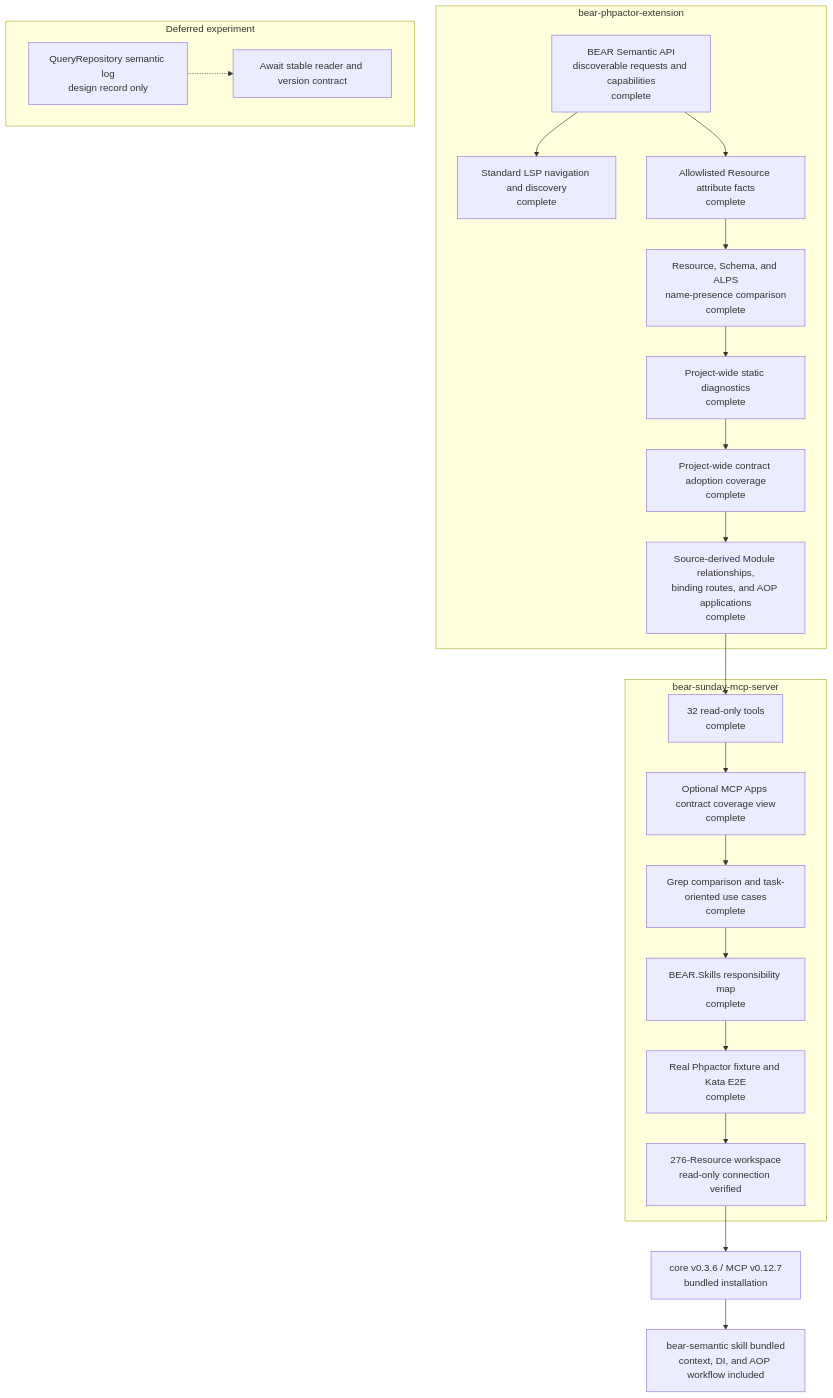
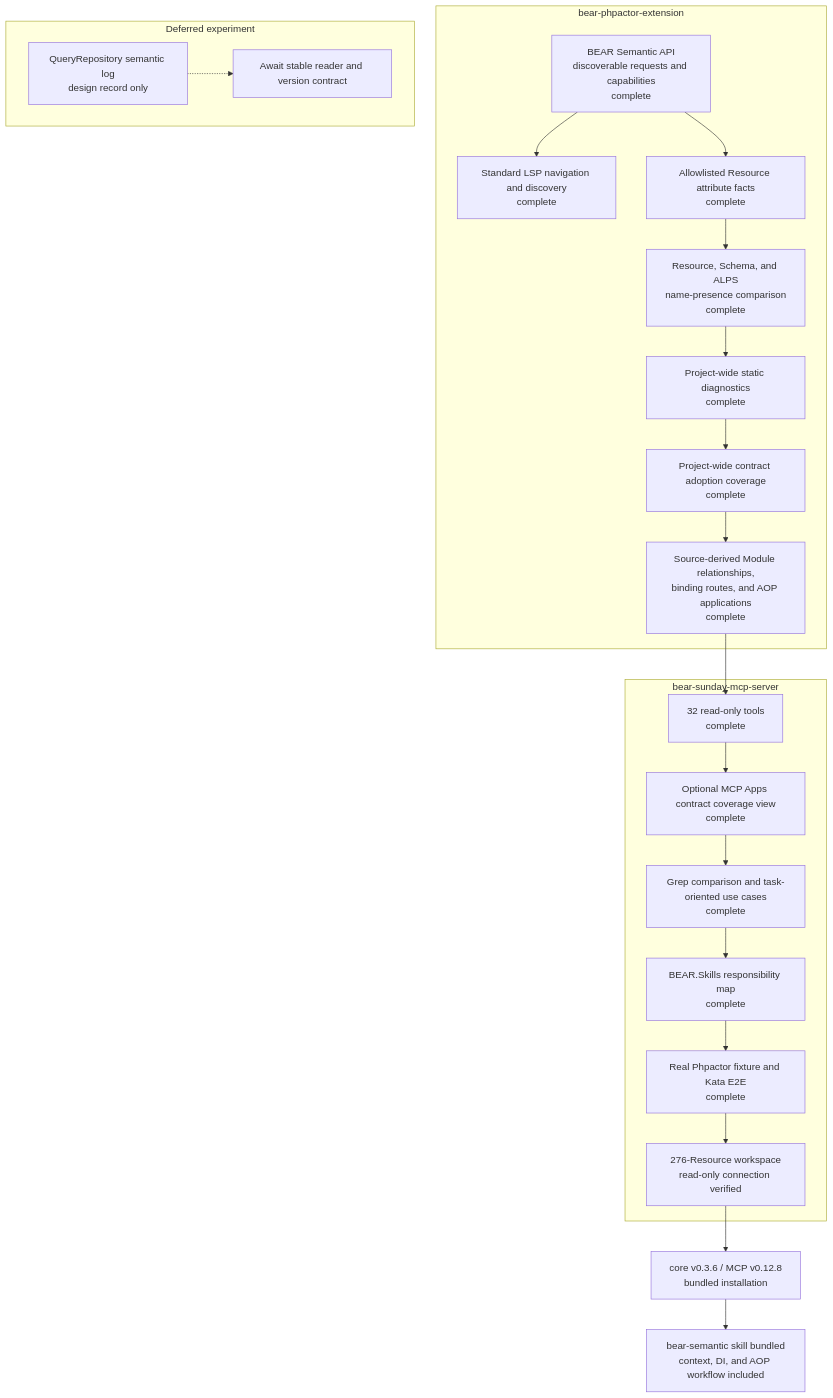
The diagram in docs/project-status.md (suzumaze/bear-sunday-mcp-server), drawn with Mermaid before and after one commit. The commit also changed other lines of this file and 3 other files, not shown here.

````diff
--- a/docs/project-status.md
+++ b/docs/project-status.md
@@ -9,35 +9,35 @@
 ```mermaid
 flowchart TB
     subgraph Core["bear-phpactor-extension"]
         C1["BEAR Semantic API<br/>discoverable requests and capabilities<br/>complete"]
         C2["Standard LSP navigation and discovery<br/>complete"]
         C3["Allowlisted Resource attribute facts<br/>complete"]
         C4["Resource, Schema, and ALPS<br/>name-presence comparison<br/>complete"]
         C5["Project-wide static diagnostics<br/>complete"]
         C6["Project-wide contract adoption coverage<br/>complete"]
         C7["Source-derived Module relationships,<br/>binding routes, and AOP applications<br/>complete"]
         C1 --> C2
         C1 --> C3 --> C4 --> C5 --> C6 --> C7
     end
 
     subgraph MCP["bear-sunday-mcp-server"]
         M1["32 read-only tools<br/>complete"]
         M0["Optional MCP Apps contract coverage view<br/>complete"]
         M2["Grep comparison and task-oriented use cases<br/>complete"]
         M3["BEAR.Skills responsibility map<br/>complete"]
         M4["Real Phpactor fixture and Kata E2E<br/>complete"]
         M5["276-Resource workspace<br/>read-only connection verified"]
         M1 --> M0 --> M2 --> M3 --> M4 --> M5
     end
 
     C7 --> M1
 
     subgraph Deferred["Deferred experiment"]
         D1["QueryRepository semantic log<br/>design record only"]
         D2["Await stable reader and version contract"]
         D1 -.-> D2
     end
 
-    M5 --> R1["core v0.3.6 / MCP v0.12.7<br/>bundled installation"]
+    M5 --> R1["core v0.3.6 / MCP v0.12.8<br/>bundled installation"]
     R1 --> S1["bear-semantic skill bundled<br/>context, DI, and AOP workflow included"]
 ```
````
